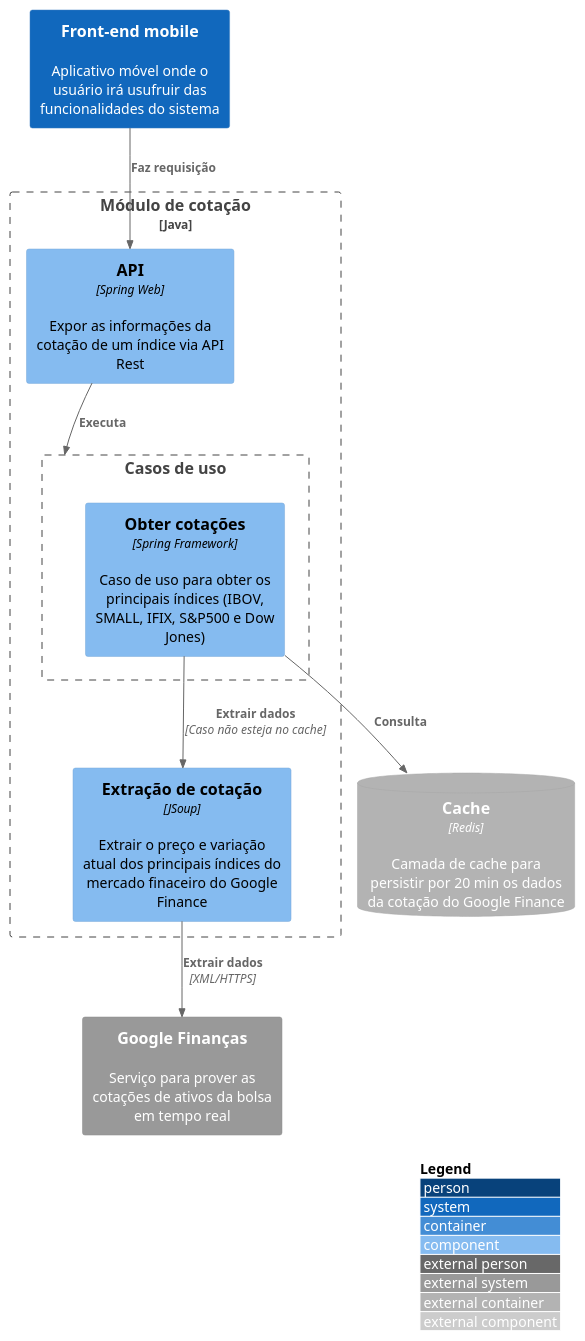
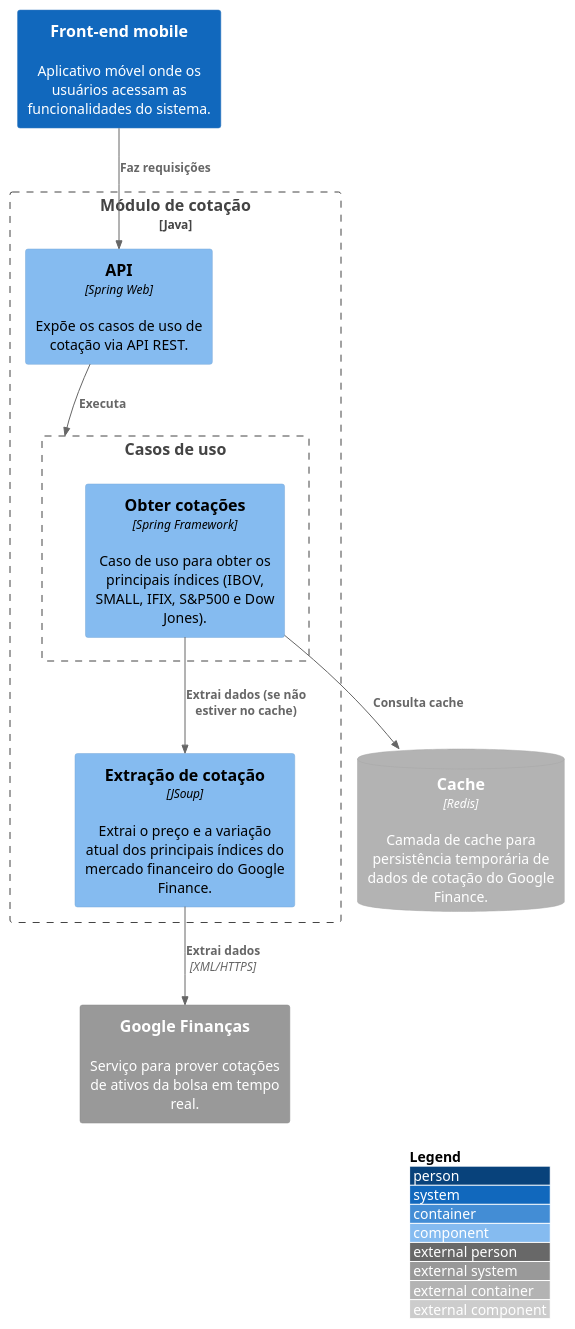
The diagram in c3-components/back-end/quotation-module/quotation_module.puml (Open-3A/3A-c4-model), drawn with PlantUML before and after one commit.

Commit message:
refactor(c3): clarify diagram of quotation module

```diff
--- a/c3-components/back-end/quotation-module/quotation_module.puml
+++ b/c3-components/back-end/quotation-module/quotation_module.puml
@@ -1,27 +1,27 @@
 @startuml Quotation Module
 
 !include https://raw.githubusercontent.com/adrianvlupu/C4-PlantUML/latest/C4_Component.puml
 
 LAYOUT_WITH_LEGEND()
 
-System(mobile, "Front-end mobile", "Aplicativo móvel onde o usuário irá usufruir das funcionalidades do sistema")
-System_Ext(google_finance, "Google Finanças", "Serviço para prover as cotações de ativos da bolsa em tempo real")
+System(mobile, "Front-end mobile", "Aplicativo móvel onde os usuários acessam as funcionalidades do sistema.")
+System_Ext(google_finance, "Google Finanças", "Serviço para prover cotações de ativos da bolsa em tempo real.")
 
-ContainerDb_Ext(redis, "Cache", "Redis", "Camada de cache para persistir por 20 min os dados da cotação do Google Finance")
+ContainerDb_Ext(redis, "Cache", "Redis", "Camada de cache para persistência temporária de dados de cotação do Google Finance.")
 
 Boundary(quotation_module, "Módulo de cotação", "Java"){
-  Component(quotation_scrapper, "Extração de cotação", "JSoup", "Extrair o preço e variação atual dos principais índices do mercado finaceiro do Google Finance")
-  Component(quotation_api, "API", "Spring Web", "Expor as informações da cotação de um índice via API Rest")
+  Component(quotation_scrapper, "Extração de cotação", "JSoup", "Extrai o preço e a variação atual dos principais índices do mercado financeiro do Google Finance.")
+  Component(quotation_api, "API", "Spring Web", "Expõe os casos de uso de cotação via API REST.")
 
   Boundary(quotation_usescases, "Casos de uso"){
-    Component(get_quotations_usecase, "Obter cotações", "Spring Framework", "Caso de uso para obter os principais índices (IBOV, SMALL, IFIX, S&P500 e Dow Jones)")
+    Component(get_quotations_usecase, "Obter cotações", "Spring Framework", "Caso de uso para obter os principais índices (IBOV, SMALL, IFIX, S&P500 e Dow Jones).")
   }
 }
 
-Rel(mobile, quotation_api, "Faz requisição")
-Rel(quotation_scrapper, google_finance, "Extrair dados", "XML/HTTPS")
-Rel(get_quotations_usecase, redis, "Consulta")
-Rel(get_quotations_usecase, quotation_scrapper, "Extrair dados", "Caso não esteja no cache")
+Rel(mobile, quotation_api, "Faz requisições")
+Rel(quotation_scrapper, google_finance, "Extrai dados", "XML/HTTPS")
+Rel(get_quotations_usecase, redis, "Consulta cache")
+Rel(get_quotations_usecase, quotation_scrapper, "Extrai dados (se não estiver no cache)")
 Rel(quotation_api, quotation_usescases, "Executa")
 
 @enduml
```
